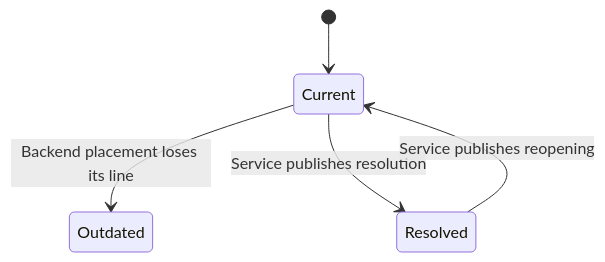
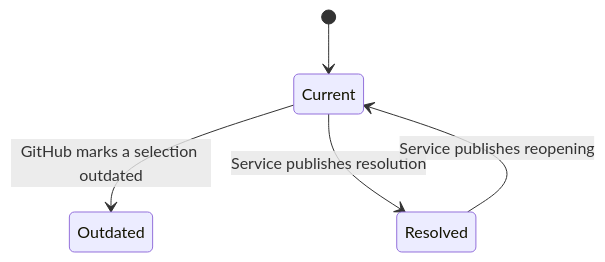
Before and after one commit to difflab-io/lgtm: the first of 2 diagrams in docs/lgtm.nvim/feature/thread.md, drawn with Mermaid. The commit also changed other lines of this file and 126 other files, not shown here.

````diff
--- a/docs/lgtm.nvim/feature/thread.md
+++ b/docs/lgtm.nvim/feature/thread.md
@@ -24,7 +24,7 @@
 ```mermaid
 stateDiagram-v2
   [*] --> Current
-  Current --> Outdated: Backend placement loses its line
+  Current --> Outdated: GitHub marks a selection outdated
   Current --> Resolved: Service publishes resolution
   Resolved --> Current: Service publishes reopening
 ```
````
